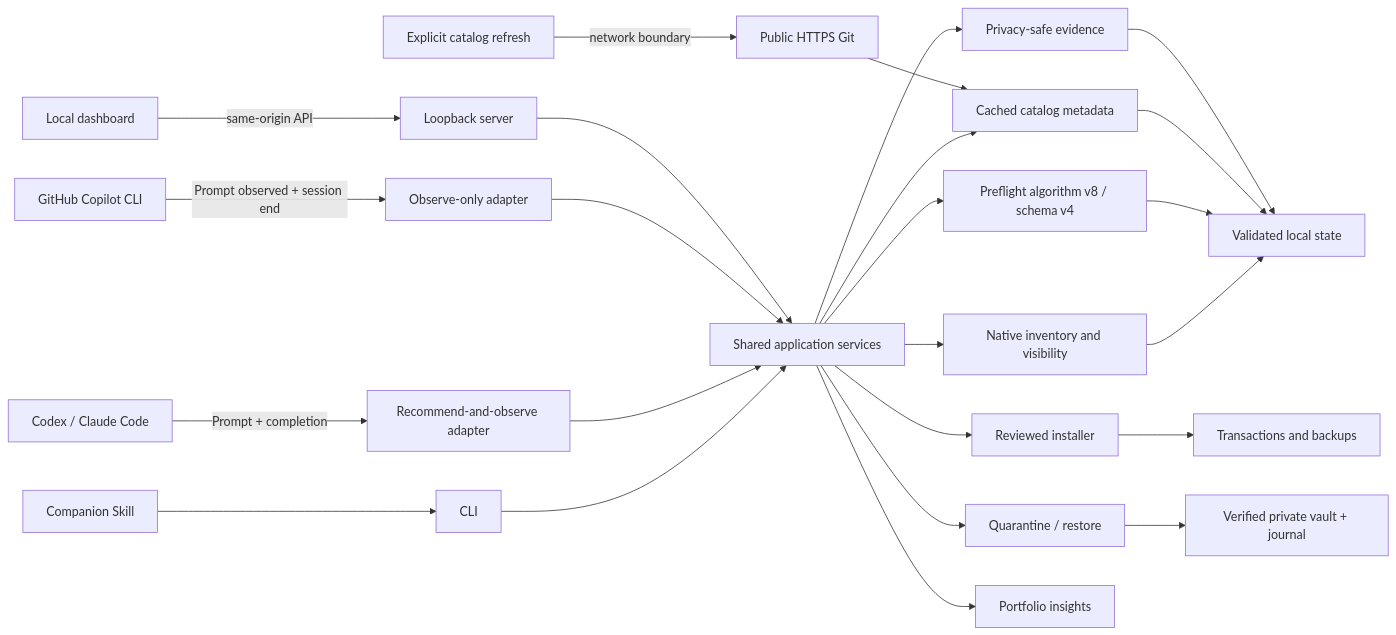
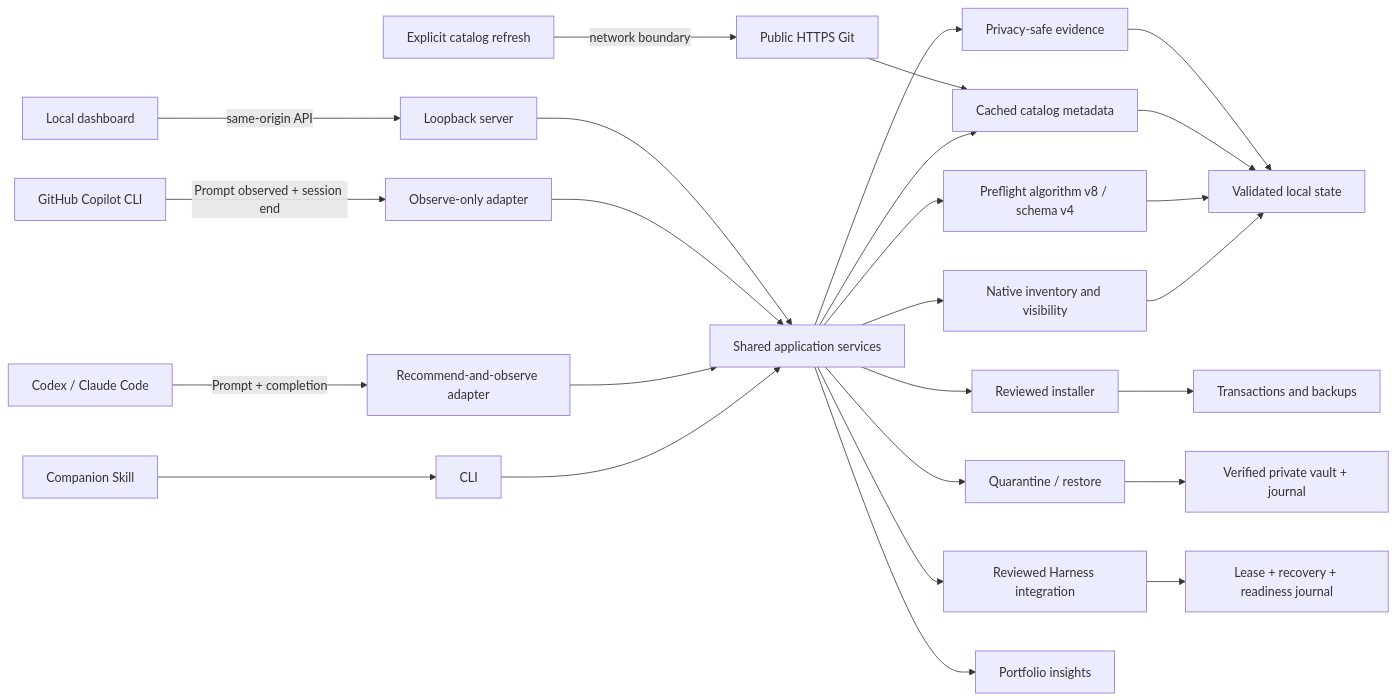
Before and after one commit to CongBao/skill-steward: the diagram in docs/architecture.md, drawn with Mermaid. The commit also changed other lines of this file and 127 other files, not shown here.

First line of the commit message:
feat: activate recoverable harness integrations (#8)

````diff
--- a/docs/architecture.md
+++ b/docs/architecture.md
@@ -5,26 +5,28 @@
 ```mermaid
 flowchart LR
   Harness[Codex / Claude Code] -->|Prompt + completion| Hook[Recommend-and-observe adapter]
   Copilot[GitHub Copilot CLI] -->|Prompt observed + session end| Observe[Observe-only adapter]
   Companion[Companion Skill] --> CLI[CLI]
   Browser[Local dashboard] -->|same-origin API| Server[Loopback server]
   CLI --> Services[Shared application services]
   Hook --> Services
   Observe --> Services
   Server --> Services
   Services --> Inventory[Native inventory and visibility]
   Services --> Preflight[Preflight algorithm v8 / schema v4]
   Services --> Catalog[Cached catalog metadata]
   Services --> Installer[Reviewed installer]
   Services --> Evidence[Privacy-safe evidence]
   Services --> Governance[Quarantine / restore]
+  Services --> Integrations[Reviewed Harness integration]
   Services --> Insights[Portfolio insights]
   Inventory --> Store
   Preflight --> Store[Validated local state]
   Catalog --> Store
   Installer --> Journal[Transactions and backups]
   Evidence --> Store
   Governance --> Vault[Verified private vault + journal]
+  Integrations --> Recovery[Lease + recovery + readiness journal]
   Refresh[Explicit catalog refresh] -->|network boundary| PublicGit[Public HTTPS Git]
   PublicGit --> Catalog
 ```
````
